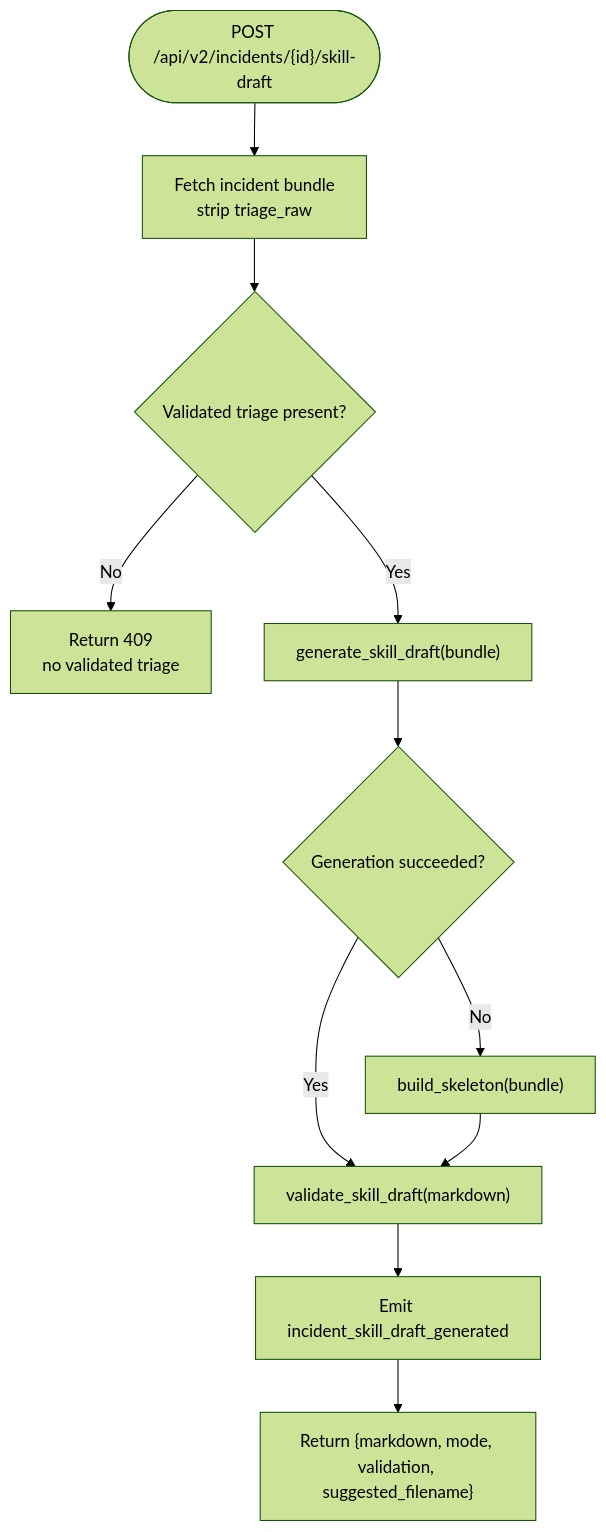
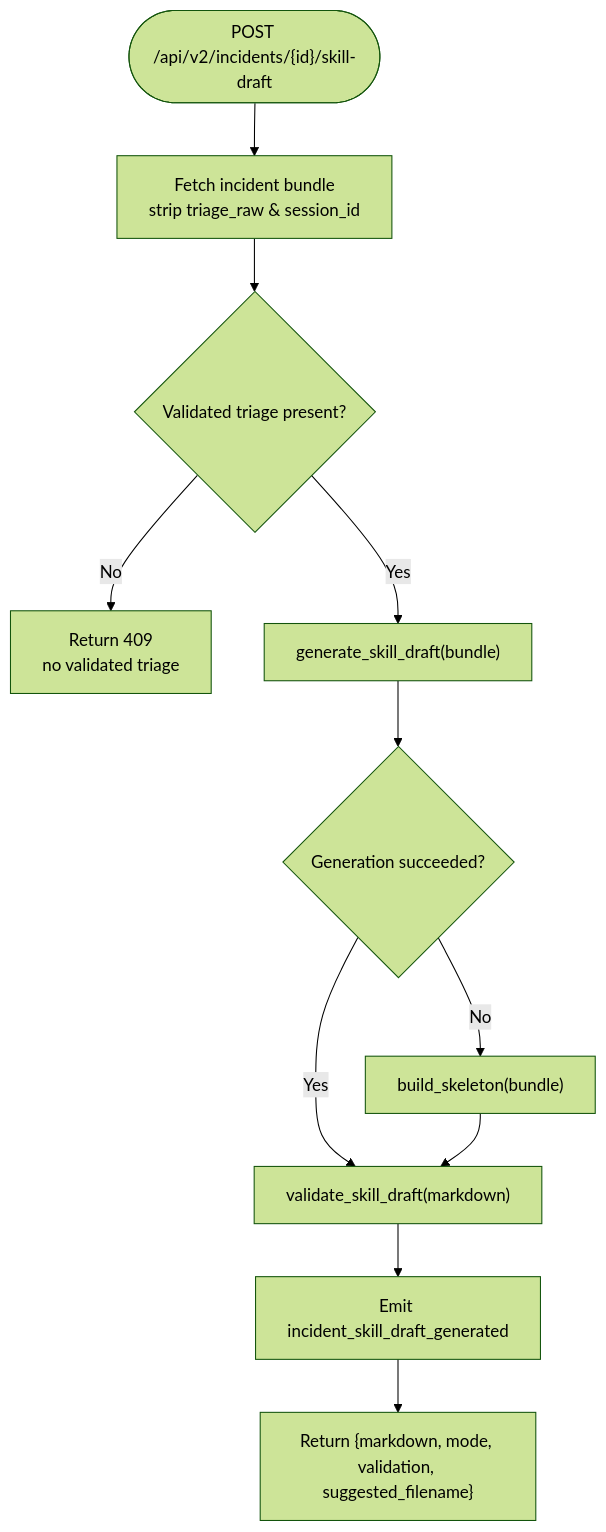
Before and after one commit to metasync/luban-aiops: the third of 6 diagrams in .qoder/repowiki/en/content/Architecture Documentation/SPEC-045_ Incident-Anchored Skill Drafts and Draft Preview.md, drawn with Mermaid (forest theme). The commit also changed other lines of this file and 2 other files, not shown here.

Commit message:
docs: refresh repowiki for v0.27.2 session-availability gate

````diff
--- a/.qoder/repowiki/en/content/Architecture Documentation/SPEC-045_ Incident-Anchored Skill Drafts and Draft Preview.md
+++ b/.qoder/repowiki/en/content/Architecture Documentation/SPEC-045_ Incident-Anchored Skill Drafts and Draft Preview.md
@@ -134,13 +160,13 @@
 ```mermaid
 flowchart TD
-Start(["POST /api/v2/incidents/{id}/skill-draft"]) --> FetchBundle["Fetch incident bundle<br/>strip triage_raw"]
+Start(["POST /api/v2/incidents/{id}/skill-draft"]) --> FetchBundle["Fetch incident bundle<br/>strip triage_raw & session_id"]
 FetchBundle --> TriageGate{"Validated triage present?"}
 TriageGate -- No --> Return409["Return 409<br/>no validated triage"]
 TriageGate -- Yes --> Generate["generate_skill_draft(bundle)"]
 Generate --> GenOK{"Generation succeeded?"}
 GenOK -- Yes --> Validate["validate_skill_draft(markdown)"]
 GenOK -- No --> Skeleton["build_skeleton(bundle)"]
 Skeleton --> Validate
 Validate --> Emit["Emit incident_skill_draft_generated"]
 Emit --> Respond["Return {markdown, mode, validation, suggested_filename}"]
 ```
````
